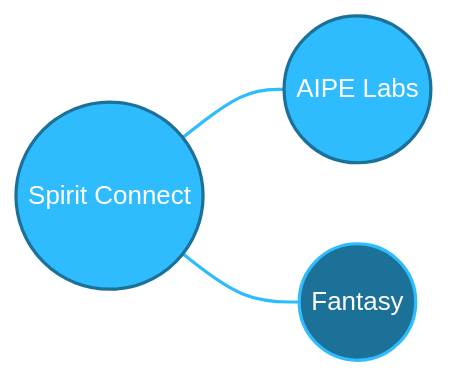
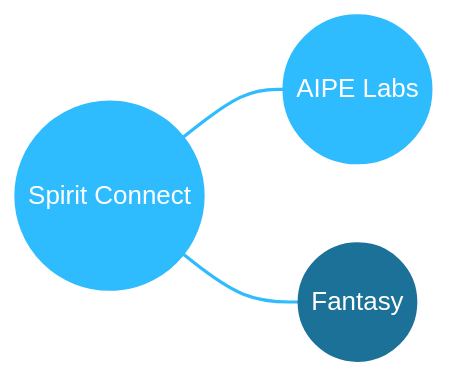
One commit to FulongLi/fulongli changed the diagram in README.md. Above: the diagram before and after it, drawn with Mermaid.

````diff
--- a/README.md
+++ b/README.md
@@ -19,19 +19,19 @@
 ```mermaid
 flowchart LR
     SC(("Spirit Connect"))
     AIPE(("AIPE Labs"))
     FANTASY(("Fantasy"))
 
     SC --- AIPE
     SC --- FANTASY
 
     linkStyle 0,1 stroke:#2EBCFE,stroke-width:2px;
 
-    classDef brand fill:#2EBCFE,stroke:#1C7198,stroke-width:2px,color:#ffffff;
-    classDef lab fill:#2EBCFE,stroke:#1C7198,stroke-width:2px,color:#ffffff;
-    classDef story fill:#1C7198,stroke:#2EBCFE,stroke-width:2px,color:#ffffff;
+    classDef brand fill:#2EBCFE,stroke:#2EBCFE,stroke-width:2px,color:#ffffff;
+    classDef lab fill:#2EBCFE,stroke:#2EBCFE,stroke-width:2px,color:#ffffff;
+    classDef story fill:#1C7198,stroke:#1C7198,stroke-width:2px,color:#ffffff;
 
     class SC brand;
     class AIPE lab;
     class FANTASY story;
 ```
````
